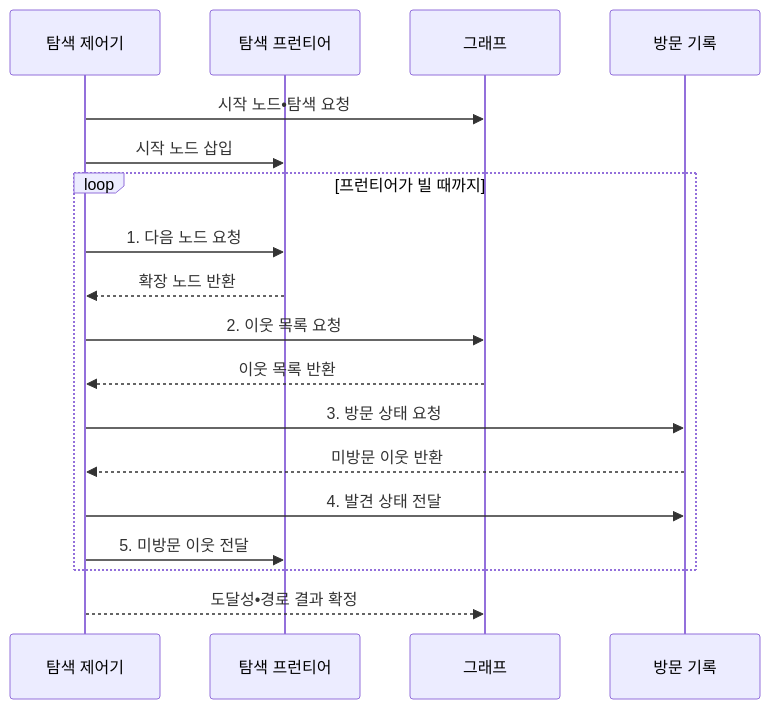
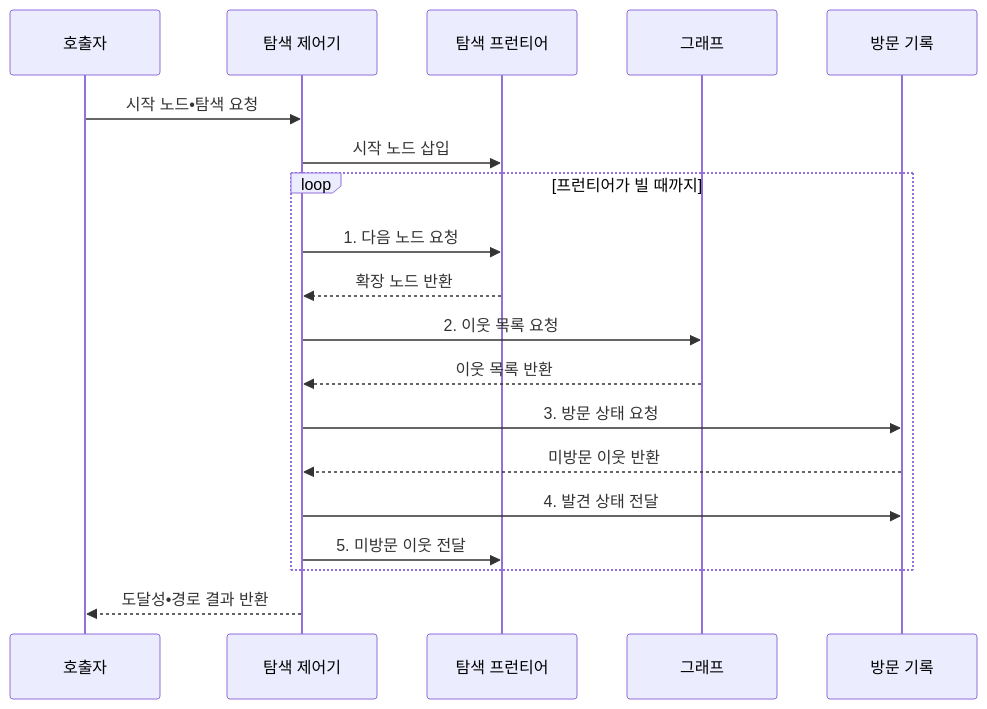
The second of 2 diagrams in src/content/docs/notes/01-basic-theory/010_graph_traversal.md (agnusdei1207/knowledge-base), drawn with Mermaid before and after one commit. The commit also changed other lines of this file and 6 other files, not shown here.

````diff
--- a/src/content/docs/notes/01-basic-theory/010_graph_traversal.md
+++ b/src/content/docs/notes/01-basic-theory/010_graph_traversal.md
@@ -104,20 +104,21 @@
 ```mermaid
 sequenceDiagram
+    participant Q as 호출자
     participant C as 탐색 제어기
     participant F as 탐색 프런티어
     participant G as 그래프
     participant V as 방문 기록
-    C->>G: 시작 노드•탐색 요청
+    Q->>C: 시작 노드•탐색 요청
     C->>F: 시작 노드 삽입
     loop 프런티어가 빌 때까지
         C->>F: 1. 다음 노드 요청
         F-->>C: 확장 노드 반환
         C->>G: 2. 이웃 목록 요청
         G-->>C: 이웃 목록 반환
         C->>V: 3. 방문 상태 요청
         V-->>C: 미방문 이웃 반환
         C->>V: 4. 발견 상태 전달
         C->>F: 5. 미방문 이웃 전달
     end
-    C-->>G: 도달성•경로 결과 확정
+    C-->>Q: 도달성•경로 결과 반환
 ```
````
